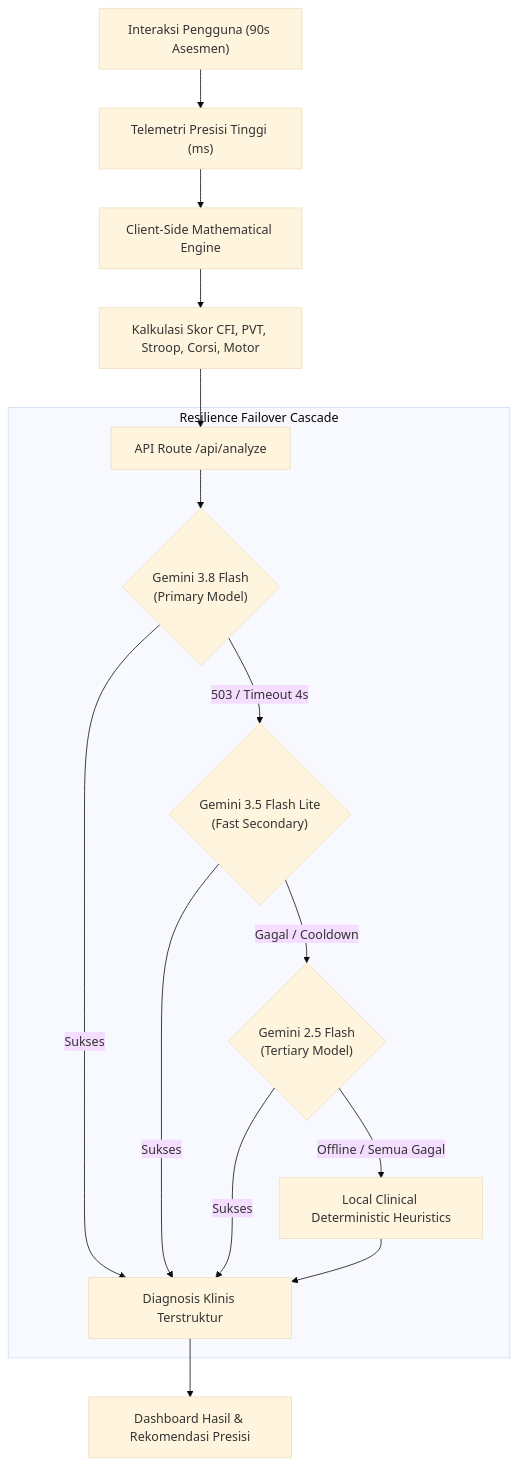
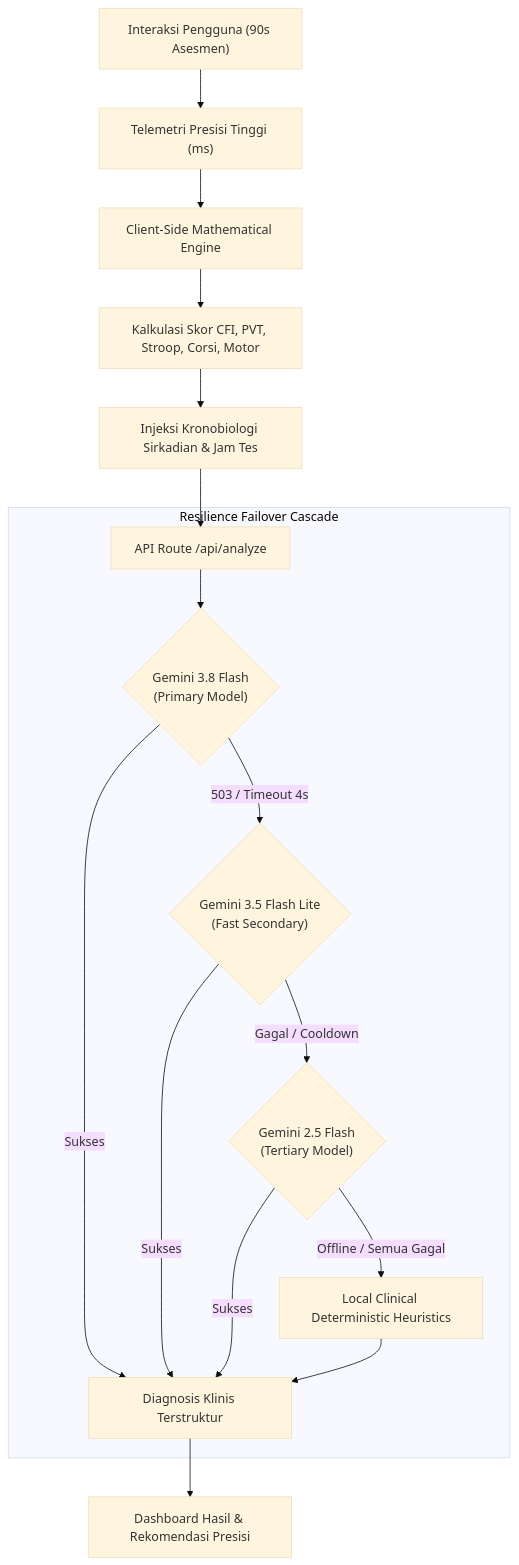
One commit to feb027/cognipulse changed the diagram in README.md. Above: the diagram before and after it, drawn with Mermaid (base theme). The commit also changed other lines of this file, not shown here.

````diff
--- a/README.md
+++ b/README.md
@@ -174,20 +214,21 @@
 ```mermaid
 flowchart TD
     A["Interaksi Pengguna (90s Asesmen)"] --> B["Telemetri Presisi Tinggi (ms)"]
     B --> C["Client-Side Mathematical Engine"]
     C --> D["Kalkulasi Skor CFI, PVT, Stroop, Corsi, Motor"]
-    D --> E["API Route /api/analyze"]
+    D --> E["Injeksi Kronobiologi Sirkadian & Jam Tes"]
+    E --> F["API Route /api/analyze"]
     
     subgraph "Resilience Failover Cascade"
-        E --> F{"Gemini 3.8 Flash<br/>(Primary Model)"}
-        F -- "Sukses" --> G["Diagnosis Klinis Terstruktur"]
-        F -- "503 / Timeout 4s" --> H{"Gemini 3.5 Flash Lite<br/>(Fast Secondary)"}
-        H -- "Sukses" --> G
-        H -- "Gagal / Cooldown" --> I{"Gemini 2.5 Flash<br/>(Tertiary Model)"}
-        I -- "Sukses" --> G
-        I -- "Offline / Semua Gagal" --> J["Local Clinical Deterministic Heuristics"]
-        J --> G
+        F --> G{"Gemini 3.8 Flash<br/>(Primary Model)"}
+        G -- "Sukses" --> H["Diagnosis Klinis Terstruktur"]
+        G -- "503 / Timeout 4s" --> I{"Gemini 3.5 Flash Lite<br/>(Fast Secondary)"}
+        I -- "Sukses" --> H
+        I -- "Gagal / Cooldown" --> J{"Gemini 2.5 Flash<br/>(Tertiary Model)"}
+        J -- "Sukses" --> H
+        J -- "Offline / Semua Gagal" --> K["Local Clinical Deterministic Heuristics"]
+        K --> H
     end
 
-    G --> K["Dashboard Hasil & Rekomendasi Presisi"]
+    H --> L["Dashboard Hasil & Rekomendasi Presisi"]
 ```
````
